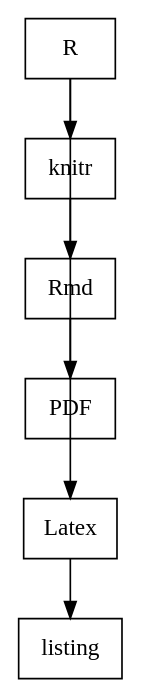
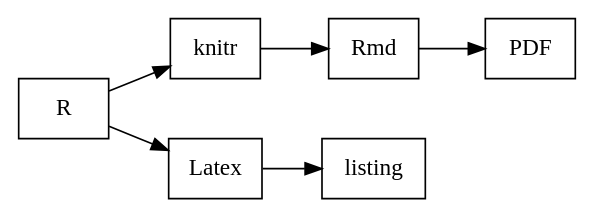
One commit to bwtian/learnRviaCode changed the diagram in R/R2Tex.org. Above: the diagram before and after it, drawn with Graphviz. The commit also changed other lines of this file and 1 other file, not shown here.

```diff
--- a/R/R2Tex.org
+++ b/R/R2Tex.org
@@ -4,20 +4,19 @@
 #+BEGIN_SRC dot :file ./r2tex.svg
 digraph {
 rankdir=LR;
 fontname="Times";
 fontsize = 12;
 splines = false;
 ranksep = 0.5;
 nodesep = 0.5;
-edge[constraint=false];
 node [shape = box]
 //1. set node
 R [label = "R"]
 
 //2. set path
 R -> knitr -> Rmd -> PDF
 R -> Latex -> listing
 
 //3. set rank
 }
 #+END_SRC
```
